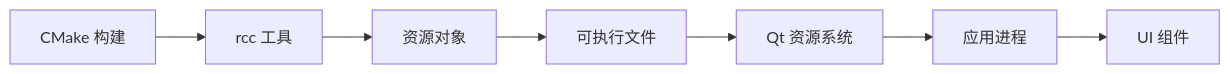
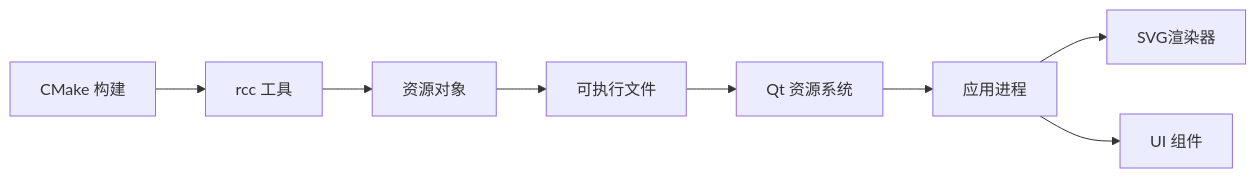
The tenth of 10 diagrams in .qoder/repowiki/zh/content/资源管理.md (jakecai1225-design/OpenBus), drawn with Mermaid before and after one commit. The commit also changed other lines of this file and 5 other files, not shown here.

````diff
--- a/.qoder/repowiki/zh/content/资源管理.md
+++ b/.qoder/repowiki/zh/content/资源管理.md
@@ -277,9 +362,10 @@
 ```mermaid
 graph LR
 CMake["CMake 构建"] --> RCC["rcc 工具"]
 RCC --> RCObj["资源对象"]
 RCObj --> Exec["可执行文件"]
 Exec --> QtRes["Qt 资源系统"]
 QtRes --> App["应用进程"]
+App --> SVG["SVG渲染器"]
 App --> UI["UI 组件"]
 ```
````
